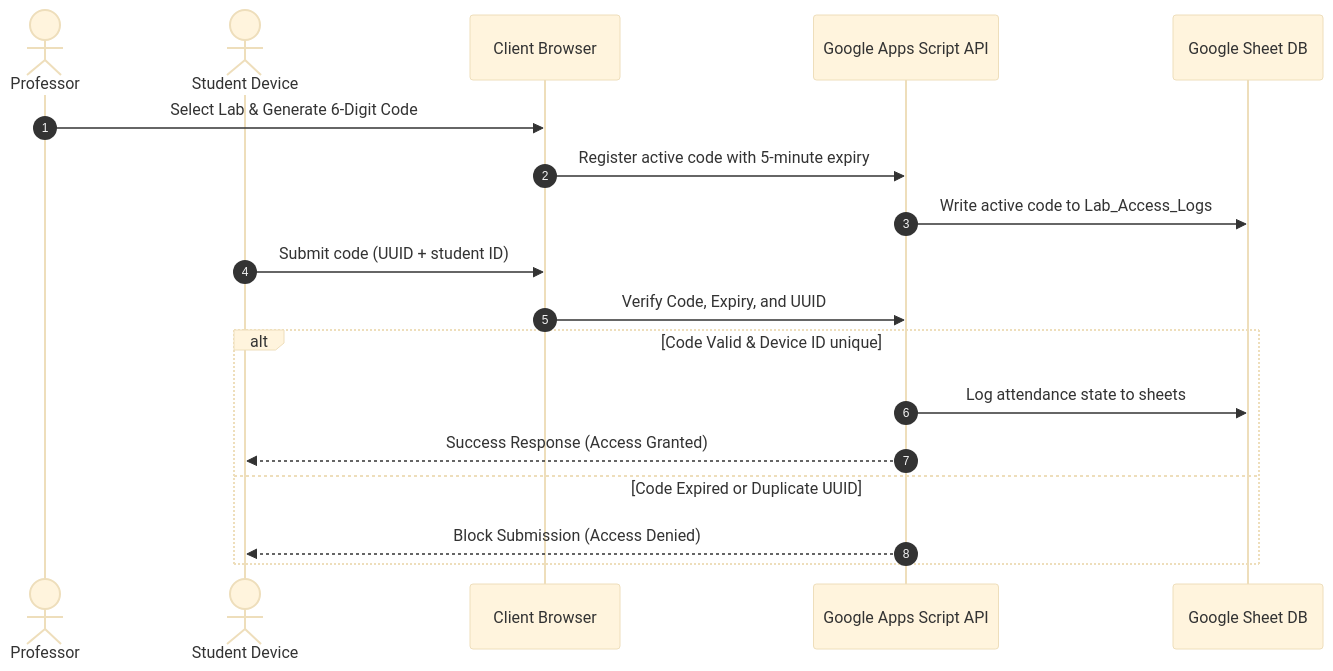
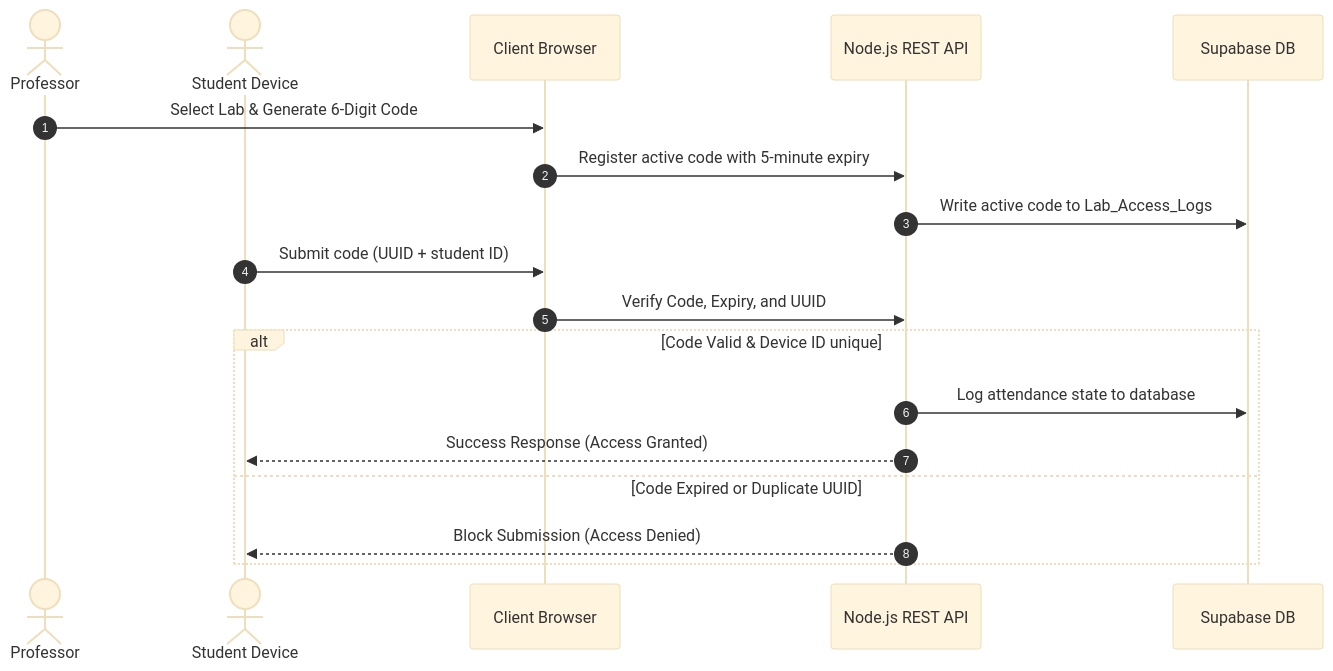
The third of 3 diagrams in README.md (SmartAttend-official/SmartAttend), drawn with Mermaid (base theme) before and after one commit. The commit also changed other lines of this file and 16 other files, not shown here.

````diff
--- a/README.md
+++ b/README.md
@@ -146,21 +146,21 @@
 ```mermaid
 sequenceDiagram
     autonumber
     actor Prof as Professor
     actor Stud as Student Device
     participant Client as Client Browser
-    participant Cloud as Google Apps Script API
-    participant DB as Google Sheet DB
+    participant Cloud as Node.js REST API
+    participant DB as Supabase DB
 
     Prof->>Client: Select Lab & Generate 6-Digit Code
     Client->>Cloud: Register active code with 5-minute expiry
     Cloud->>DB: Write active code to Lab_Access_Logs
     Stud->>Client: Submit code (UUID + student ID)
     Client->>Cloud: Verify Code, Expiry, and UUID
     alt Code Valid & Device ID unique
-        Cloud->>DB: Log attendance state to sheets
+        Cloud->>DB: Log attendance state to database
         Cloud-->>Stud: Success Response (Access Granted)
     else Code Expired or Duplicate UUID
         Cloud-->>Stud: Block Submission (Access Denied)
     end
 ```
````
